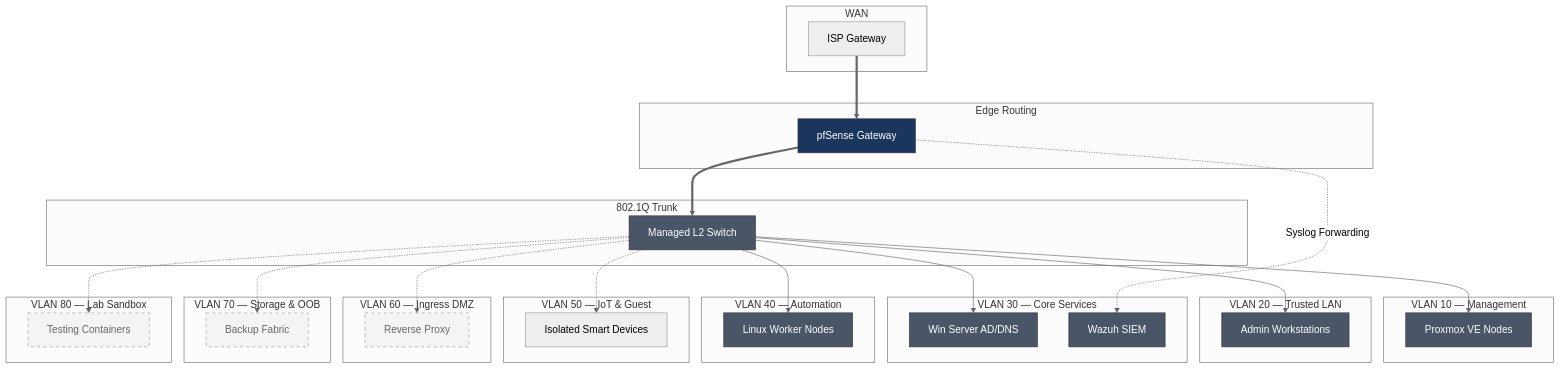
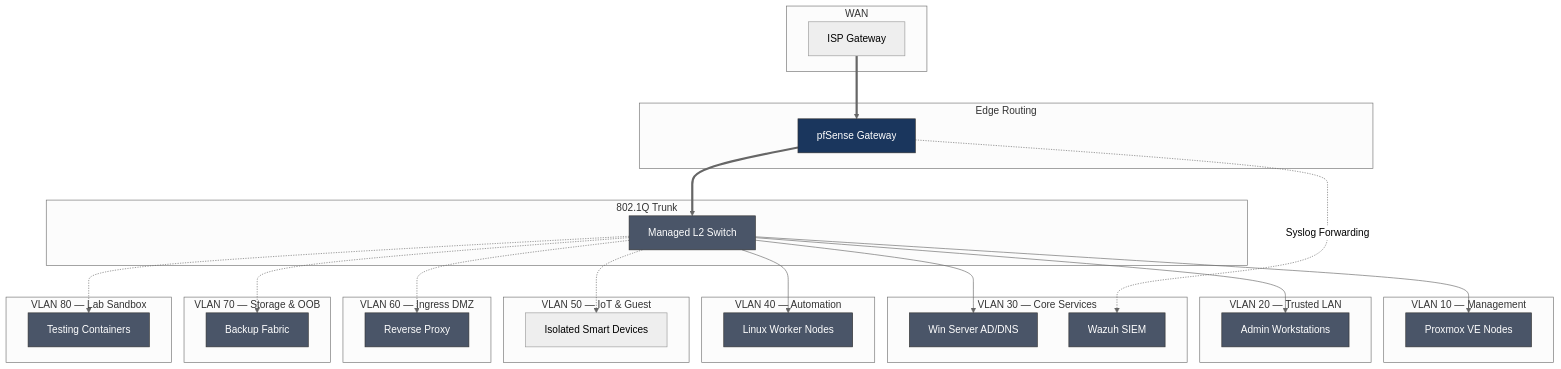
The diagram in README.md (RealAngryCherub/home-enterprise-datacenter), drawn with Mermaid (neutral theme) before and after one commit. The commit also changed other lines of this file and 2 other files, not shown here.

Commit message:
docs: finalize 8-zone architecture — remove Staged/Reserved framing, all zones operational, sync Mermaid + PDFs

````diff
--- a/README.md
+++ b/README.md
@@ -12,49 +12,47 @@
 ```mermaid
 flowchart TB
     subgraph WAN["WAN"]
         ISP[ISP Gateway]
     end
     subgraph Edge["Edge Routing"]
         FW[pfSense Gateway]
     end
     subgraph TRUNK["802.1Q Trunk"]
         SW[Managed L2 Switch]
     end
     subgraph VLAN10["VLAN 10 — Management"]
         PVE[Proxmox VE Nodes]
     end
     subgraph VLAN20["VLAN 20 — Trusted LAN"]
         WKS[Admin Workstations]
     end
     subgraph VLAN30["VLAN 30 — Core Services"]
         AD[Win Server AD/DNS]
         WAZUH[Wazuh SIEM]
     end
     subgraph VLAN40["VLAN 40 — Automation"]
         RNODE[Linux Worker Nodes]
     end
     subgraph VLAN50["VLAN 50 — IoT & Guest"]
         IOT[Isolated Smart Devices]
     end
     subgraph VLAN60["VLAN 60 — Ingress DMZ"]
         RPX[Reverse Proxy]
     end
     subgraph VLAN70["VLAN 70 — Storage & OOB"]
         BKUP[Backup Fabric]
     end
     subgraph VLAN80["VLAN 80 — Lab Sandbox"]
         SANDBOX[Testing Containers]
     end
 
     ISP ==> FW ==> SW
     SW --> PVE & WKS & AD & RNODE
     SW -.-> IOT & RPX & BKUP & SANDBOX
     FW -.->|Syslog Forwarding| WAZUH
 
     classDef gateway fill:#1A365D,color:#fff,stroke:#333;
     classDef compute fill:#4A5568,color:#fff,stroke:#333;
-    classDef staged fill:#f4f4f4,color:#666,stroke:#999,stroke-dasharray:5 5;
     class FW gateway;
-    class SW,PVE,AD,RNODE,WAZUH,WKS compute;
-    class RPX,BKUP,SANDBOX staged;
+    class SW,PVE,AD,RNODE,WAZUH,WKS,RPX,BKUP,SANDBOX compute;
 ```
````
